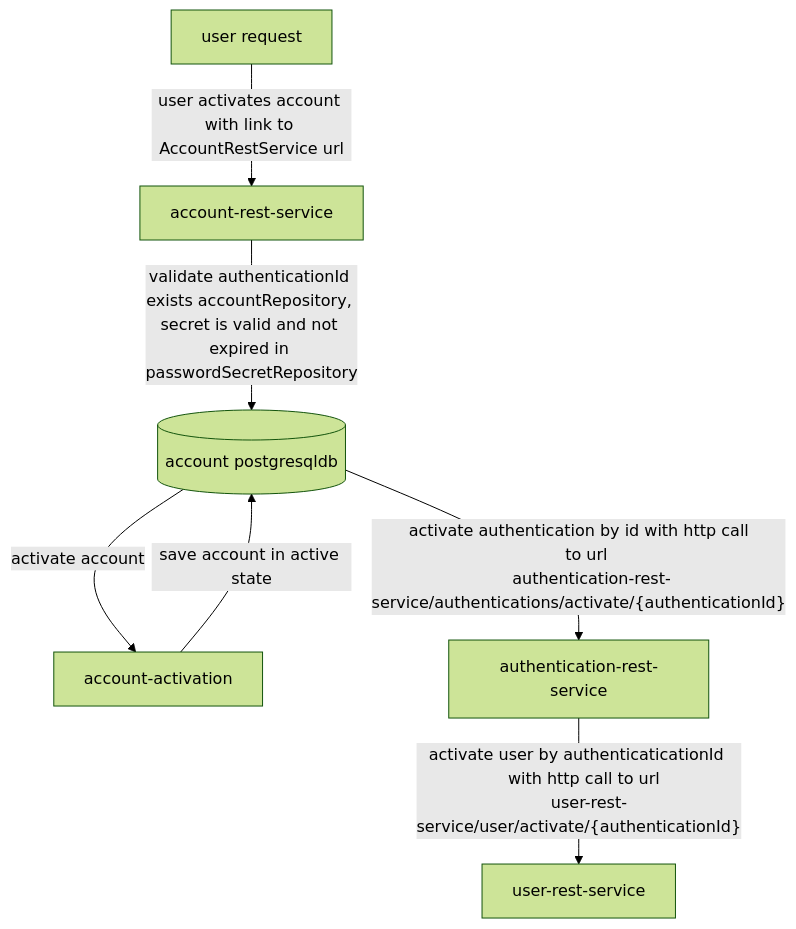
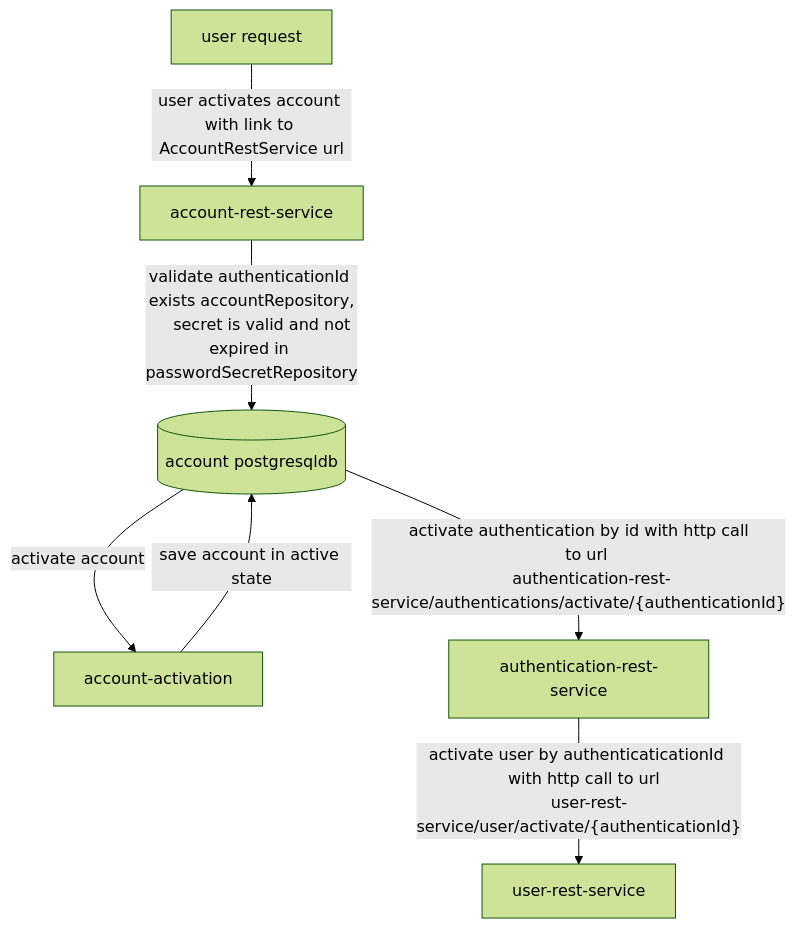
One commit to sonamsamdupkhangsar/account-rest-service changed the diagram in README.md. Above: the diagram before and after it, drawn with Mermaid (forest theme).

Commit message:
commit flow

````diff
--- a/README.md
+++ b/README.md
@@ -63,13 +63,14 @@
 ```mermaid
 flowchart TD
     UserRequest[user request] -->|user activates account with link to AccountRestService url| AccountRestService[account-rest-service] 
-    AccountRestService --> | validate authenticationId exists accountRepository, secret is valid and not expired in passwordSecretRepository | AccountPgsqlDb[(account postgresqldb)]
+    AccountRestService --"validate authenticationId exists accountRepository,
+     secret is valid and not expired in passwordSecretRepository" --> AccountPgsqlDb[(account postgresqldb)]
     AccountPgsqlDb --> | activate account | AccountActivated[account-activation]
     AccountActivated --> |save account in active state| AccountPgsqlDb
     AccountPgsqlDb -- "activate authentication by id with http call
      to url  
      authentication-rest-service/authentications/activate/{authenticationId}" --> AuthtenticationRestService[authentication-rest-service]
     AuthtenticationRestService --"activate user by authenticaticationId 
     with http call to url  
     user-rest-service/user/activate/{authenticationId}" --> UserRestService[user-rest-service]    
 ```
````
